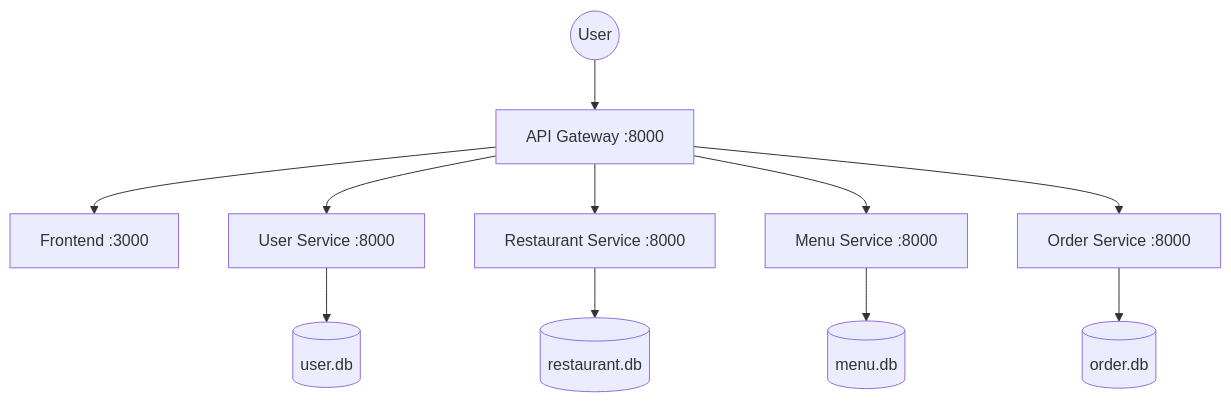
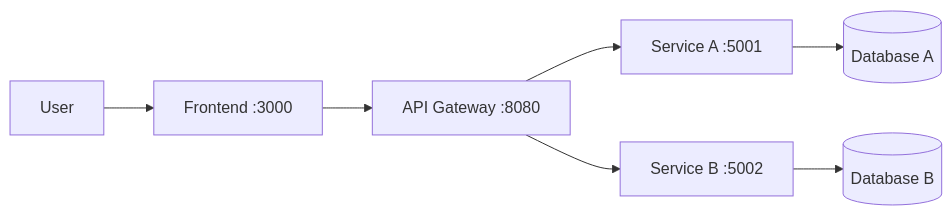
One commit to hoanhdungdz/microservices-assignment-starter changed the diagram in README.md. Above: the diagram before and after it, drawn with Mermaid. The commit also changed other lines of this file and 44 other files, not shown here.

````diff
--- a/README.md
+++ b/README.md
@@ -12,13 +29,9 @@
 ```mermaid
-graph TD
-    User((User)) --> GW["API Gateway :8000"]
-    GW --> FE["Frontend :3000"]
-  GW --> US["User Service :8000"]
-  GW --> RS["Restaurant Service :8000"]
-  GW --> MS["Menu Service :8000"]
-  GW --> OS["Order Service :8000"]
-  US --> DB1[("user.db")]
-  RS --> DB2[("restaurant.db")]
-  MS --> DB3[("menu.db")]
-  OS --> DB4[("order.db")]
+graph LR
+    U[User] --> FE[Frontend :3000]
+    FE --> GW[API Gateway :8080]
+    GW --> SA[Service A :5001]
+    GW --> SB[Service B :5002]
+    SA --> DB1[(Database A)]
+    SB --> DB2[(Database B)]
 ```
````
